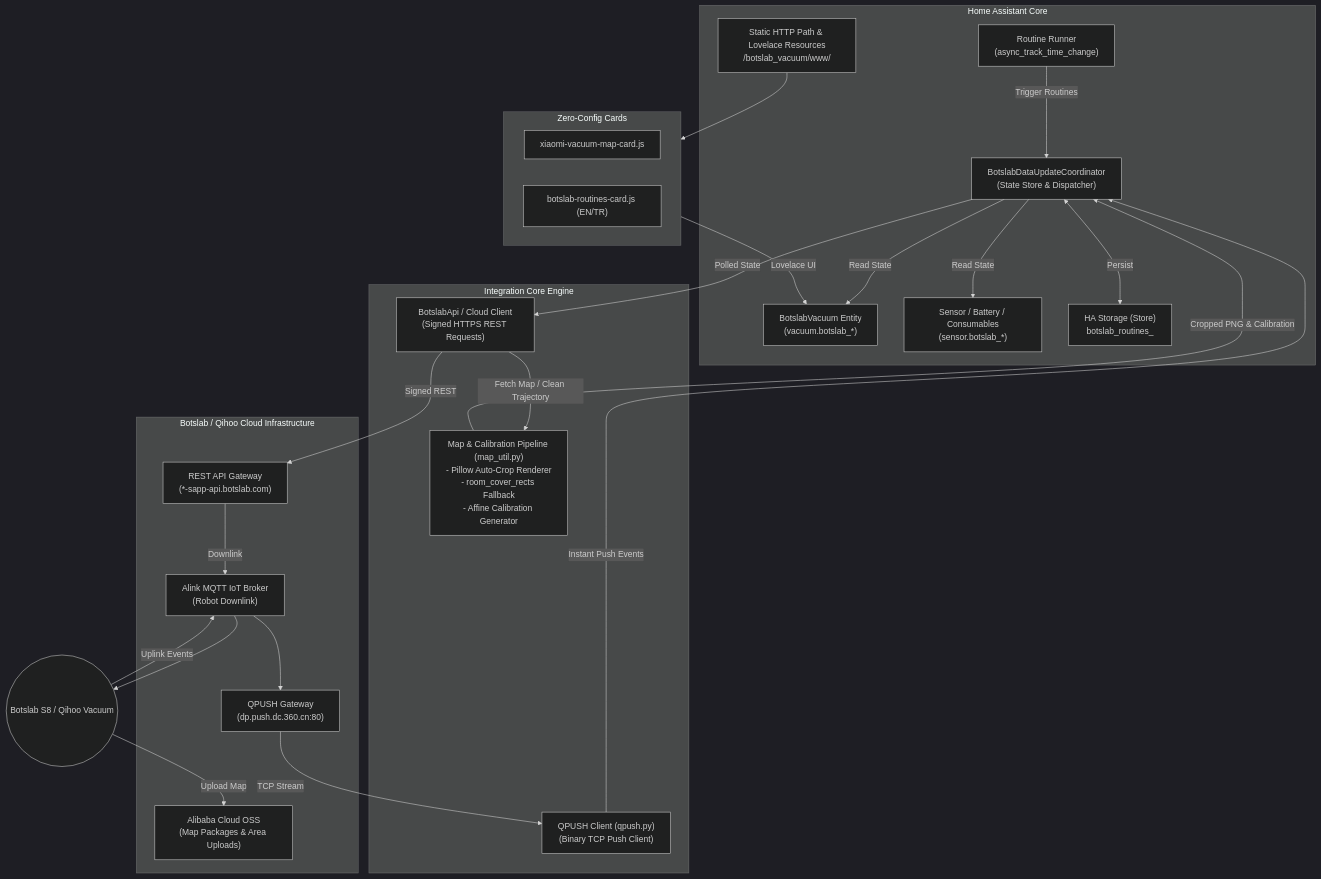
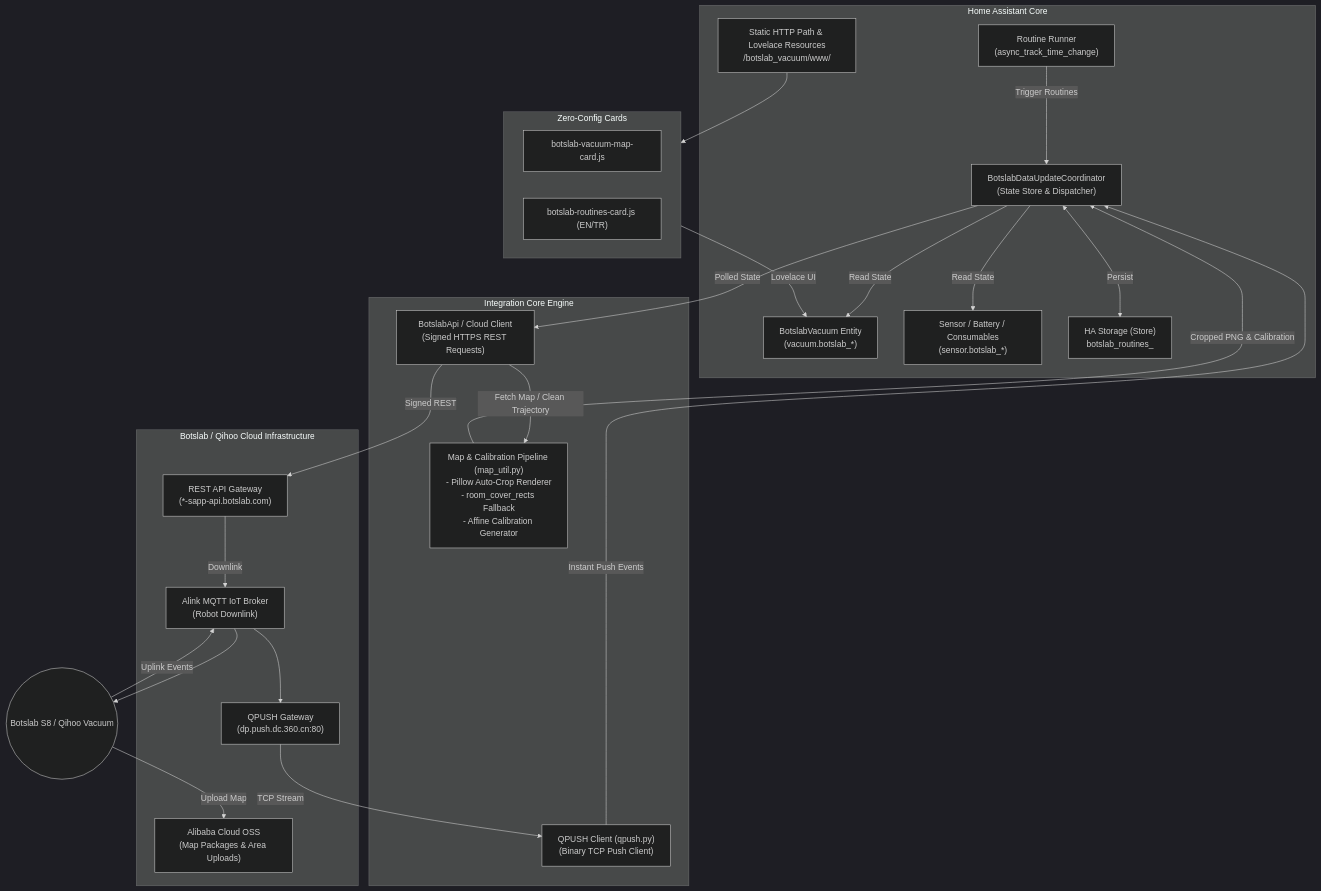
One commit to srg-n/ha-botslab-vacuum changed the diagram in docs/ARCHITECTURE.md. Above: the diagram before and after it, drawn with Mermaid (dark theme). The commit also changed other lines of this file and 16 other files, not shown here.

````diff
--- a/docs/ARCHITECTURE.md
+++ b/docs/ARCHITECTURE.md
@@ -11,53 +11,53 @@
 ```mermaid
 flowchart TD
     subgraph HomeAssistant ["Home Assistant Core"]
         Coord["BotslabDataUpdateCoordinator\n(State Store & Dispatcher)"]
         VacuumEntity["BotslabVacuum Entity\n(vacuum.botslab_*)"]
         SensorEntities["Sensor / Battery / Consumables\n(sensor.botslab_*)"]
         RoutineRunner["Routine Runner\n(async_track_time_change)"]
         Store["HA Storage (Store)\nbotslab_routines_<entry_id>"]
         StaticHTTP["Static HTTP Path & Lovelace Resources\n/botslab_vacuum/www/"]
     end
 
     subgraph CoreLib ["Integration Core Engine"]
         API["BotslabApi / Cloud Client\n(Signed HTTPS REST Requests)"]
         QPUSH["QPUSH Client (qpush.py)\n(Binary TCP Push Client)"]
         MapEngine["Map & Calibration Pipeline (map_util.py)\n- Pillow Auto-Crop Renderer\n- room_cover_rects Fallback\n- Affine Calibration Generator"]
     end
 
     subgraph Frontend ["Zero-Config Cards"]
-        MapCard["xiaomi-vacuum-map-card.js"]
+        MapCard["botslab-vacuum-map-card.js"]
         RoutineCard["botslab-routines-card.js (EN/TR)"]
     end
 
     subgraph VendorCloud ["Botslab / Qihoo Cloud Infrastructure"]
         REST["REST API Gateway\n(*-sapp-api.botslab.com)"]
         PushGW["QPUSH Gateway\n(dp.push.dc.360.cn:80)"]
         OSS["Alibaba Cloud OSS\n(Map Packages & Area Uploads)"]
         IoT["Alink MQTT IoT Broker\n(Robot Downlink)"]
     end
 
     Robot(("Botslab S8 / Qihoo Vacuum"))
 
     %% Dataflow
     Coord -->|Read State| VacuumEntity
     Coord -->|Read State| SensorEntities
     RoutineRunner -->|Trigger Routines| Coord
     Coord <-->|Persist| Store
 
     Coord -->|Polled State| API
     QPUSH -->|Instant Push Events| Coord
     API -->|Fetch Map / Clean Trajectory| MapEngine
     MapEngine -->|Cropped PNG & Calibration| Coord
 
     API -->|Signed REST| REST
     REST -->|Downlink| IoT
     IoT --> Robot
     Robot -->|Uplink Events| IoT
     IoT --> PushGW
     PushGW -->|TCP Stream| QPUSH
     Robot -->|Upload Map| OSS
 
     StaticHTTP --> Frontend
     Frontend -->|Lovelace UI| VacuumEntity
 ```
````
